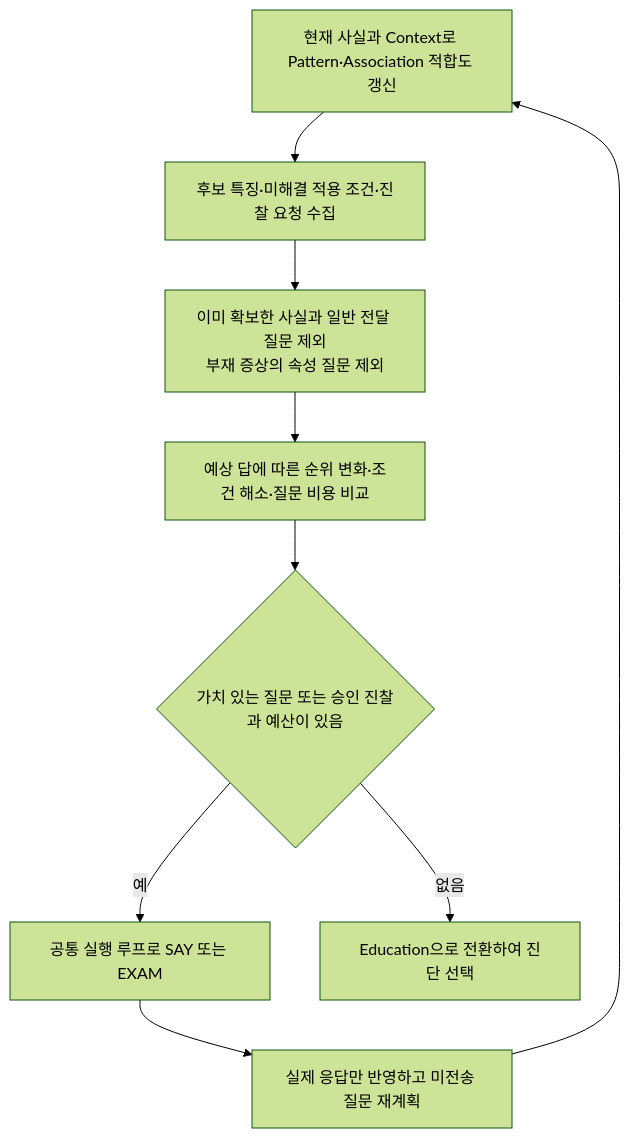
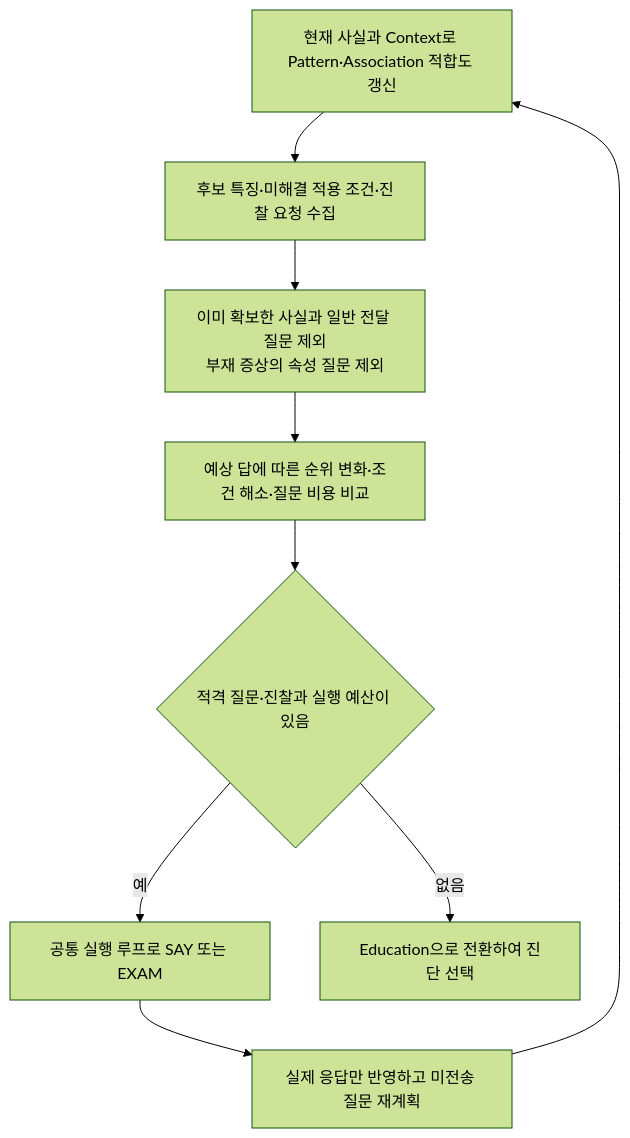
The fifth of 12 diagrams in submission/README.md (devRestain/Ontoward), drawn with Mermaid (forest theme) before and after one commit. The commit also changed other lines of this file and 46 other files, not shown here.

````diff
--- a/submission/README.md
+++ b/submission/README.md
@@ -164,11 +185,11 @@
 ```mermaid
 flowchart TD
     D0["현재 사실과 Context로 Pattern·Association 적합도 갱신"] --> D1["후보 특징·미해결 적용 조건·진찰 요청 수집"]
     D1 --> D2["이미 확보한 사실과 일반 전달 질문 제외<br/>부재 증상의 속성 질문 제외"]
     D2 --> D3["예상 답에 따른 순위 변화·조건 해소·질문 비용 비교"]
-    D3 --> D4{"가치 있는 질문 또는 승인 진찰과 예산이 있음"}
+    D3 --> D4{"적격 질문·진찰과 실행 예산이 있음"}
     D4 -->|예| D5["공통 실행 루프로 SAY 또는 EXAM"]
     D5 --> D6["실제 응답만 반영하고 미전송 질문 재계획"]
     D6 --> D0
     D4 -->|없음| D7["Education으로 전환하여 진단 선택"]
 ```
````
